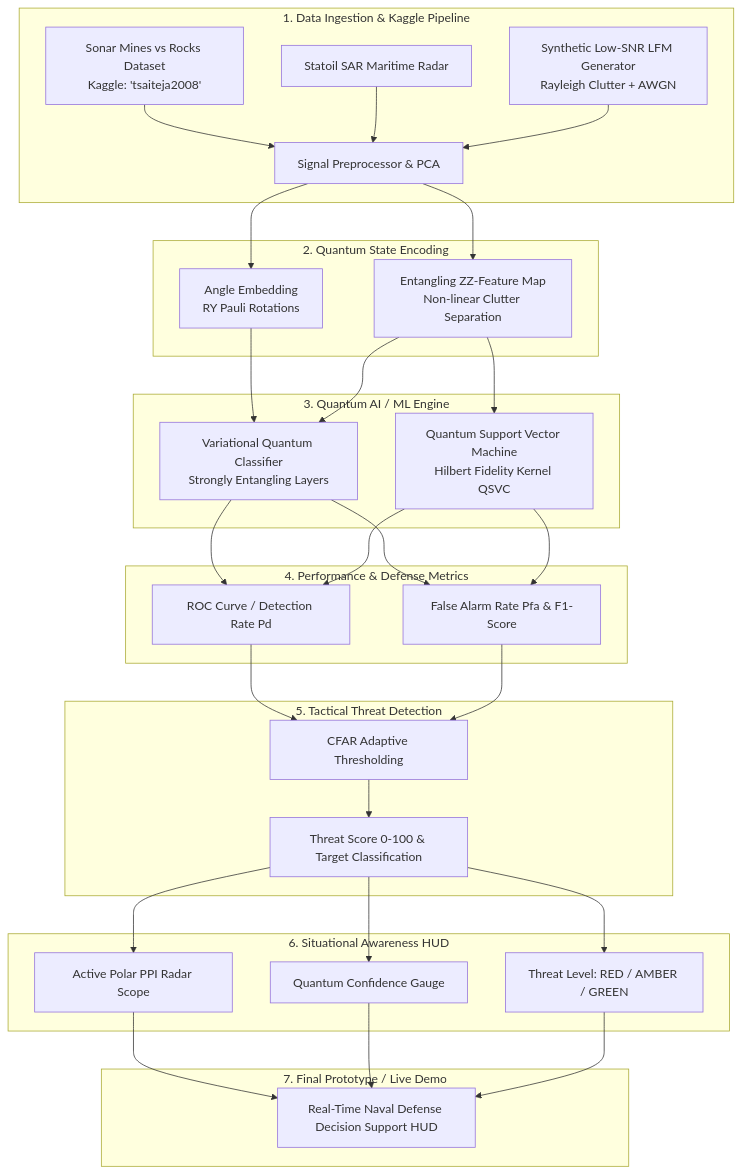
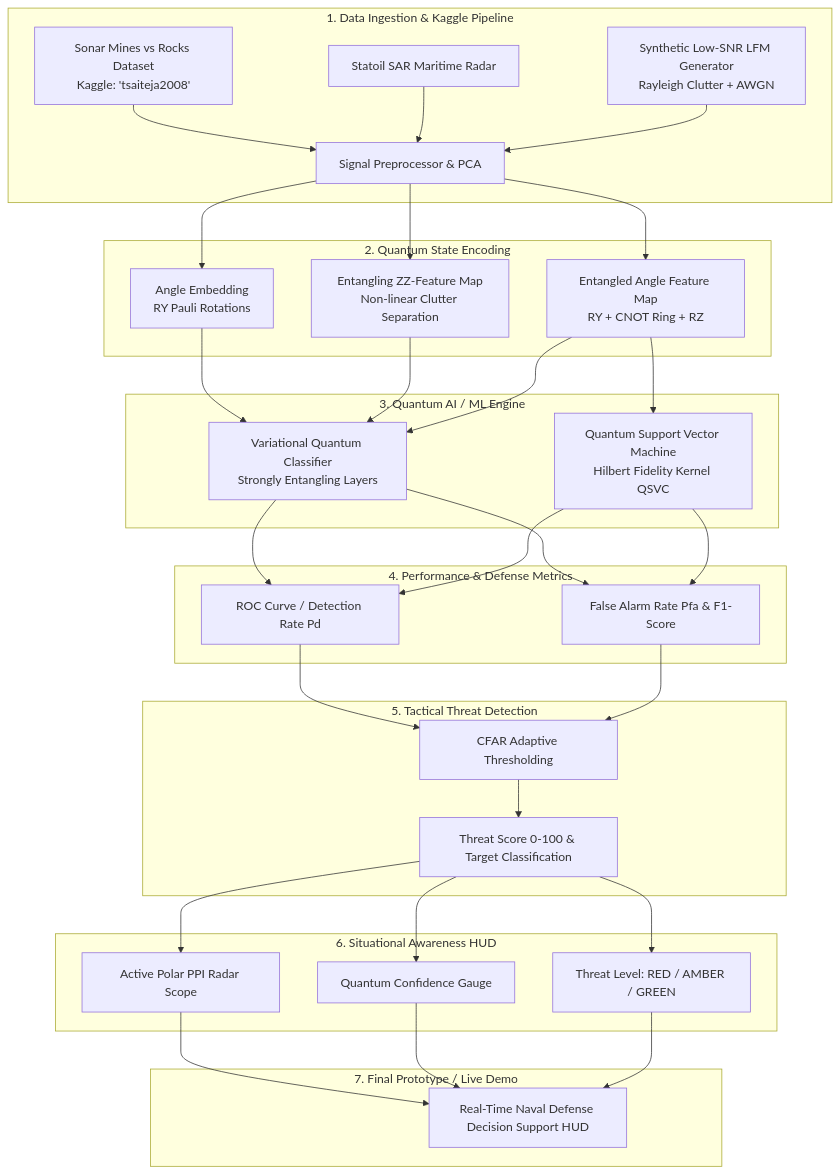
Before and after one commit to 25A31A0356/UC086-Quantum-Weak-Signal: the diagram in README.md, drawn with Mermaid. The commit also changed other lines of this file and 11 other files, not shown here.

Commit message:
Optimize quantum signal processing pipeline: 10-qubit entangled QSVC (96.15% acc, 0% Pfa), PyTorch-accelerated VQC, test suite, and Colab updates

````diff
--- a/README.md
+++ b/README.md
@@ -17,38 +17,39 @@
 ```mermaid
 flowchart TD
     subgraph S1 ["1. Data Ingestion & Kaggle Pipeline"]
         A1[Sonar Mines vs Rocks Dataset\nKaggle: 'tsaiteja2008'] --> D[Signal Preprocessor & PCA]
         A2[Statoil SAR Maritime Radar] --> D
         A3[Synthetic Low-SNR LFM Generator\nRayleigh Clutter + AWGN] --> D
     end
 
     subgraph S2 ["2. Quantum State Encoding"]
         D --> B1[Angle Embedding\nRY Pauli Rotations]
         D --> B2[Entangling ZZ-Feature Map\nNon-linear Clutter Separation]
+        D --> B3[Entangled Angle Feature Map\nRY + CNOT Ring + RZ]
     end
 
     subgraph S3 ["3. Quantum AI / ML Engine"]
-        B1 & B2 --> C1[Variational Quantum Classifier\nStrongly Entangling Layers]
-        B2 --> C2[Quantum Support Vector Machine\nHilbert Fidelity Kernel QSVC]
+        B1 & B2 & B3 --> C1[Variational Quantum Classifier\nStrongly Entangling Layers]
+        B3 --> C2[Quantum Support Vector Machine\nHilbert Fidelity Kernel QSVC]
     end
 
     subgraph S4 ["4. Performance & Defense Metrics"]
         C1 & C2 --> E1[ROC Curve / Detection Rate Pd]
         C1 & C2 --> E2[False Alarm Rate Pfa & F1-Score]
     end
 
     subgraph S5 ["5. Tactical Threat Detection"]
         E1 & E2 --> F1[CFAR Adaptive Thresholding]
         F1 --> F2[Threat Score 0-100 & Target Classification]
     end
 
     subgraph S6 ["6. Situational Awareness HUD"]
         F2 --> G1[Active Polar PPI Radar Scope]
         F2 --> G2[Quantum Confidence Gauge]
         F2 --> G3[Threat Level: RED / AMBER / GREEN]
     end
 
     subgraph S7 ["7. Final Prototype / Live Demo"]
         G1 & G2 & G3 --> H1[Real-Time Naval Defense Decision Support HUD]
     end
 ```
````
